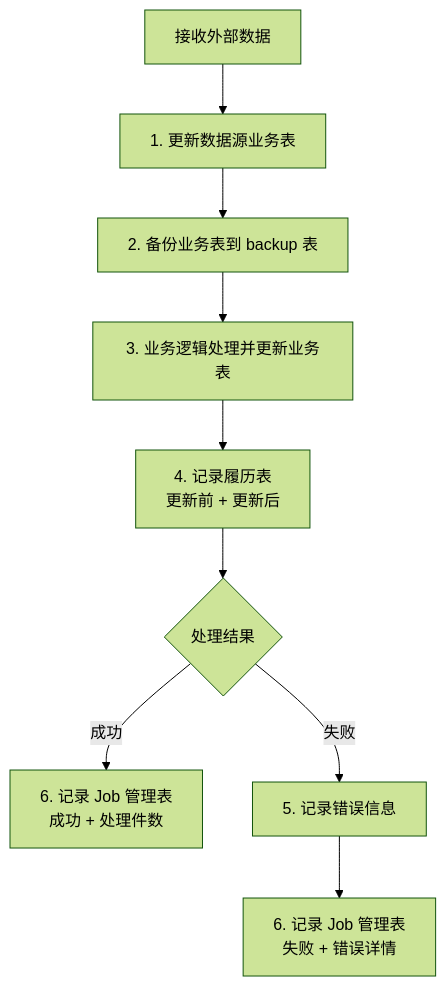
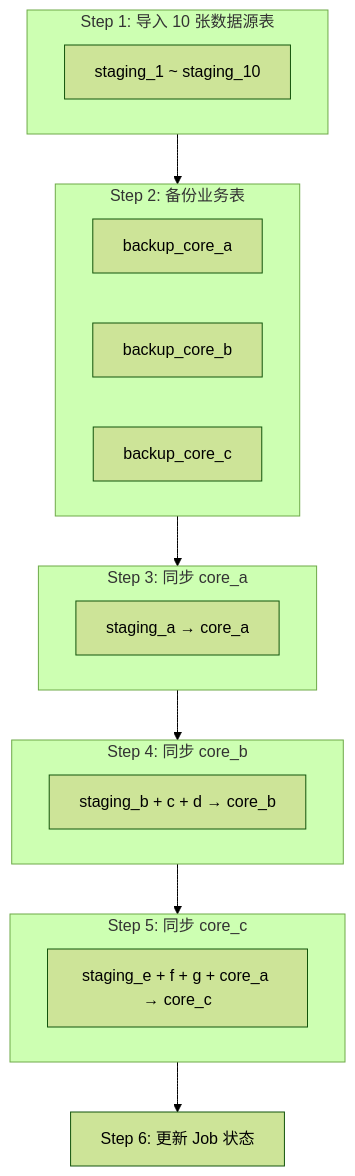
One commit to znbdev/know-how changed the first of 2 diagrams in spring/README-Spring-Batch-DataSync.md. Above: the diagram before and after it, drawn with Mermaid (forest theme). The commit also changed other lines of this file, not shown here.

````diff
--- a/spring/README-Spring-Batch-DataSync.md
+++ b/spring/README-Spring-Batch-DataSync.md
@@ -5,11 +21,30 @@
 ```mermaid
 flowchart TD
-    A[接收外部数据] --> B[1. 更新数据源业务表]
-    B --> C[2. 备份业务表到 backup 表]
-    C --> D[3. 业务逻辑处理并更新业务表]
-    D --> E[4. 记录履历表\n更新前 + 更新后]
-    E --> F{处理结果}
-    F -->|成功| G[6. 记录 Job 管理表\n成功 + 处理件数]
-    F -->|失败| H[5. 记录错误信息]
-    H --> I[6. 记录 Job 管理表\n失败 + 错误详情]
+    subgraph Step1[Step 1: 导入 10 张数据源表]
+        S1[staging_1 ~ staging_10]
+    end
+
+    subgraph Step2[Step 2: 备份业务表]
+        B1[backup_core_a]
+        B2[backup_core_b]
+        B3[backup_core_c]
+    end
+
+    subgraph Step3[Step 3: 同步 core_a]
+        A1[staging_a → core_a]
+    end
+
+    subgraph Step4[Step 4: 同步 core_b]
+        B4[staging_b + c + d → core_b]
+    end
+
+    subgraph Step5[Step 5: 同步 core_c]
+        C1[staging_e + f + g + core_a → core_c]
+    end
+
+    Step1 --> Step2
+    Step2 --> Step3
+    Step3 --> Step4
+    Step4 --> Step5
+    Step5 --> Step6[Step 6: 更新 Job 状态]
 ```
````
